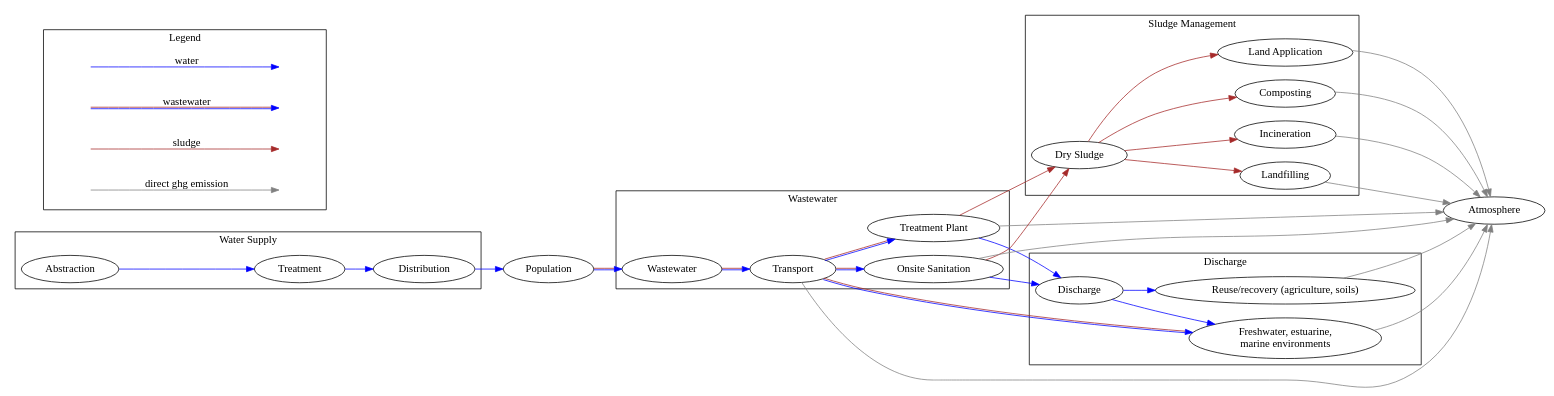
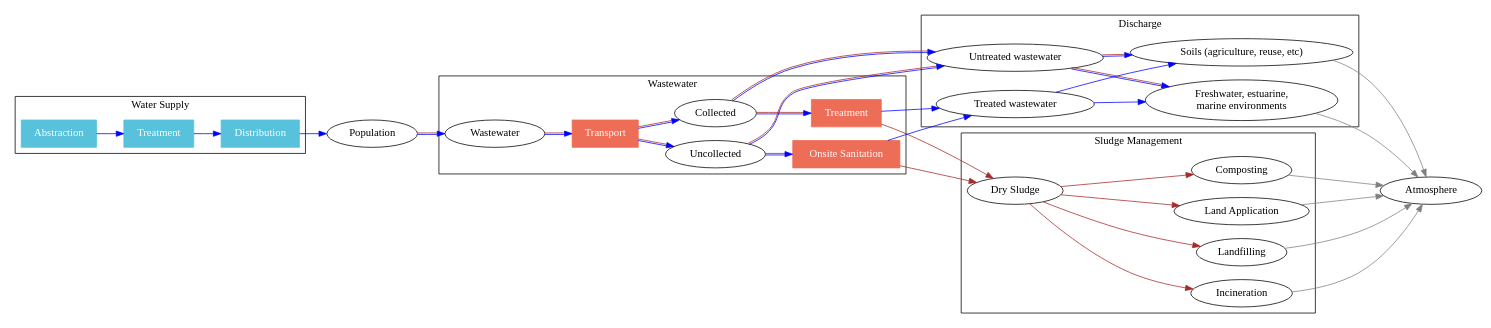
The diagram in v3/frontend/diagram/map.dot (icra/ecam), drawn with Graphviz before and after one commit. The commit also changed 6 other files, not shown here.

```diff
--- a/v3/frontend/diagram/map.dot
+++ b/v3/frontend/diagram/map.dot
@@ -1,70 +1,57 @@
 digraph MyGraph {
   rankdir="LR";
 
-  wsa [label="Abstraction"]
-  wst [label="Treatment"]
-  wsd [label="Distribution"]
+  wsa [label="Abstraction", style="filled",color="#58c1db",fontcolor="white",shape="box"]
+  wst [label="Treatment",   style="filled",color="#58c1db",fontcolor="white",shape="box"]
+  wsd [label="Distribution",style="filled",color="#58c1db",fontcolor="white",shape="box"]
   pop [label="Population"]
   ww  [label="Wastewater"]
-  tra [label="Transport"]
 
-  wwt [label="Treatment Plant"]
-  ons [label="Onsite Sanitation"]
+  tra [label="Transport",         style="filled",color="#ed6d57",fontcolor="white",shape="box"]
+  col [label="Collected"]
+  unc [label="Uncollected"]
 
-  dis [label="Discharge"]
+  wwt [label="Treatment",         style="filled",color="#ed6d57",fontcolor="white",shape="box"]
+  ons [label="Onsite Sanitation", style="filled",color="#ed6d57",fontcolor="white",shape="box"]
+
+
+  unt [label="Untreated wastewater"]
+  dis [label="Treated wastewater"]
+
   riv [label="Freshwater, estuarine,\nmarine environments"]
-  reu [label="Reuse/recovery (agriculture, soils)"]
+  soi [label="Soils (agriculture, reuse, etc)"]
   slu [label="Dry Sludge"]
   inc [label="Incineration"]
   laf [label="Landfilling"]
   lap [label="Land Application"]
   com [label="Composting"]
 
   subgraph cluster_ws {
     label="Water Supply"
     wsa -> wst -> wsd [color="blue"]
   }
 
   wsd -> pop [color="blue"]
   pop -> ww  [color="blue:brown"]
 
   subgraph cluster_ww{
     label="Wastewater"
-    ww  -> tra [color="blue:brown"]
-    tra -> {wwt ons} [color="blue:brown"]
+    ww  -> tra -> {col unc} [color="blue:brown"]
+    unc -> ons              [color="blue:brown"]
+    col -> wwt              [color="blue:brown"]
   }
 
   subgraph cluster_dis {
     label="Discharge"
-    tra -> riv [color="blue:brown"]
-    ons -> dis [color="blue"]
-    wwt -> dis [color="blue"]
-    dis -> riv [color="blue"]
-    dis -> reu [color="blue"]
+    {unc col} -> unt [color="blue:brown"]
+    unt -> {riv soi} [color="blue:brown"]
+    {ons wwt} -> dis -> {riv soi} [color="blue"]
   }
 
   subgraph cluster_sm{
     label="Sludge Management"
-    {ons wwt} -> slu               [color="brown"]
-    slu       -> {inc laf lap com} [color="brown"]
+    {ons wwt} -> slu -> {inc laf lap com} [color="brown"]
   }
 
-  subgraph cluster_legend {
-    rankdi="LR"
-    label="Legend"
-    legend_a[label="",shape="none"]
-    legend_b[label="",shape="none"]
-    legend_c[label="",shape="none"]
-    legend_d[label="",shape="none"]
-    legend_e[label="",shape="none"]
-    legend_f[label="",shape="none"]
-    legend_g[label="",shape="none"]
-    legend_h[label="",shape="none"]
-    legend_a->legend_b [color="blue",       label="water"]
-    legend_c->legend_d [color="blue:brown", label="wastewater"]
-    legend_e->legend_f [color="brown",      label="sludge"]
-    legend_g->legend_h [color="grey",       label="direct ghg emission"]
-  }
-
-  {tra wwt ons riv reu inc laf lap com} -> Atmosphere [color="grey"]
+  {riv soi inc laf lap com} -> Atmosphere [color="grey"]
 }
```
